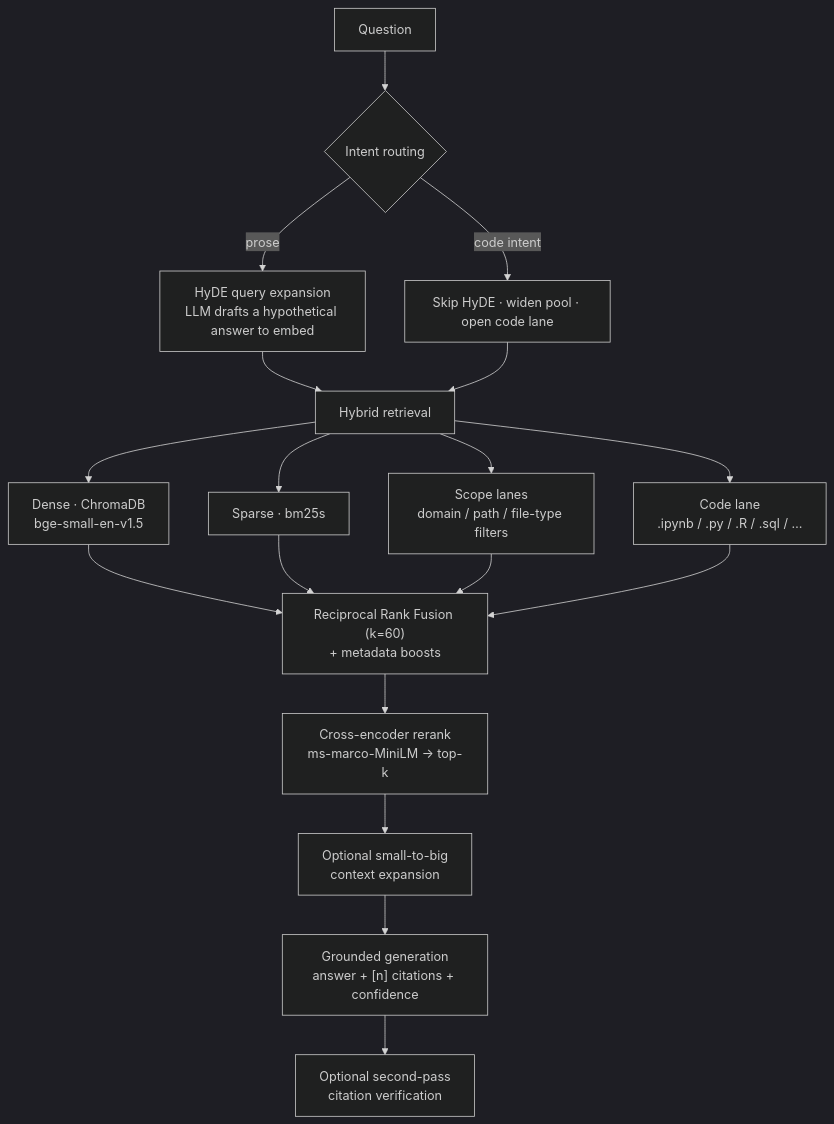
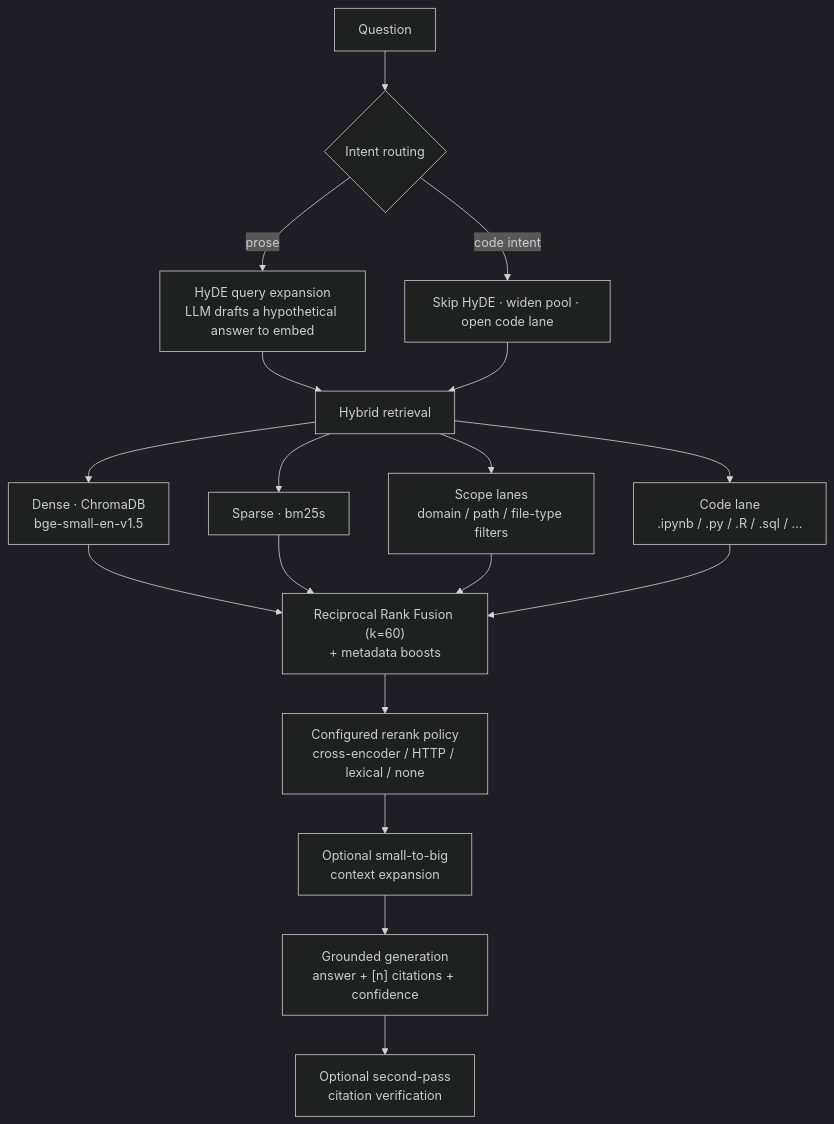
Before and after one commit to AlbertHakobyan070/Advanced-Obsidian-RAG: the diagram in docs/architecture.md, drawn with Mermaid (dark theme). The commit also changed other lines of this file and 21 other files, not shown here.

````diff
--- a/docs/architecture.md
+++ b/docs/architecture.md
@@ -9,20 +9,20 @@
 ```mermaid
 flowchart TD
     Q["Question"] --> R{Intent routing}
     R -->|prose| H["HyDE query expansion<br/>LLM drafts a hypothetical answer to embed"]
     R -->|code intent| C0["Skip HyDE · widen pool · open code lane"]
     H --> HY["Hybrid retrieval"]
     C0 --> HY
     HY --> D["Dense · ChromaDB<br/>bge-small-en-v1.5"]
     HY --> S["Sparse · bm25s"]
     HY --> SL["Scope lanes<br/>domain / path / file-type filters"]
     HY --> CL["Code lane<br/>.ipynb / .py / .R / .sql / …"]
     D --> RRF["Reciprocal Rank Fusion (k=60)<br/>+ metadata boosts"]
     S --> RRF
     SL --> RRF
     CL --> RRF
-    RRF --> RR["Cross-encoder rerank<br/>ms-marco-MiniLM → top-k"]
+    RRF --> RR["Configured rerank policy<br/>cross-encoder / HTTP / lexical / none"]
     RR --> EX["Optional small-to-big<br/>context expansion"]
     EX --> G["Grounded generation<br/>answer + [n] citations + confidence"]
     G --> V["Optional second-pass<br/>citation verification"]
 ```
````
